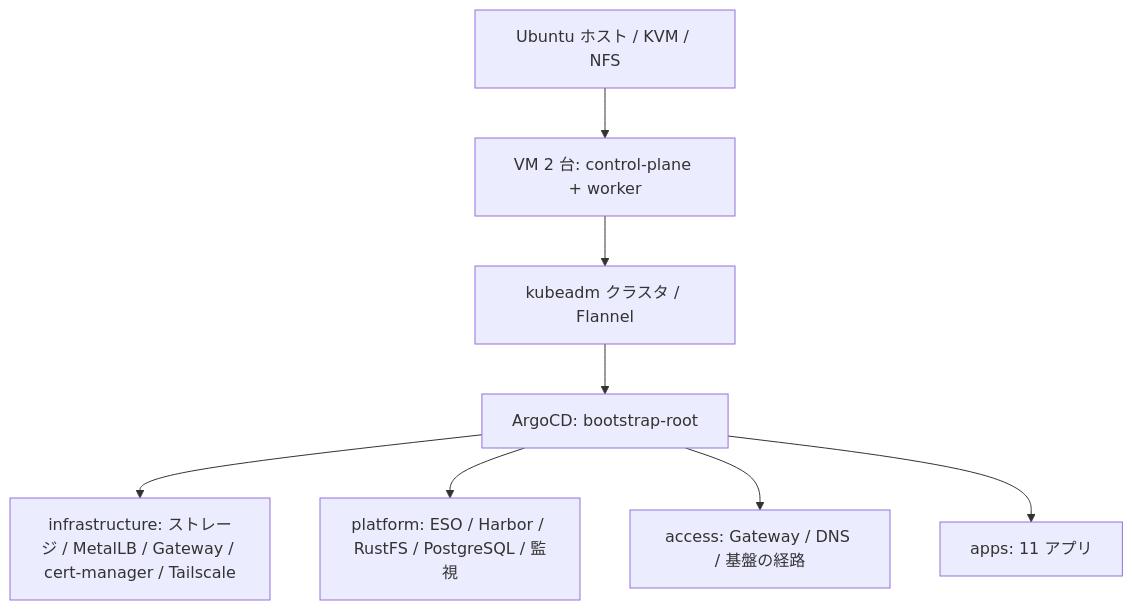
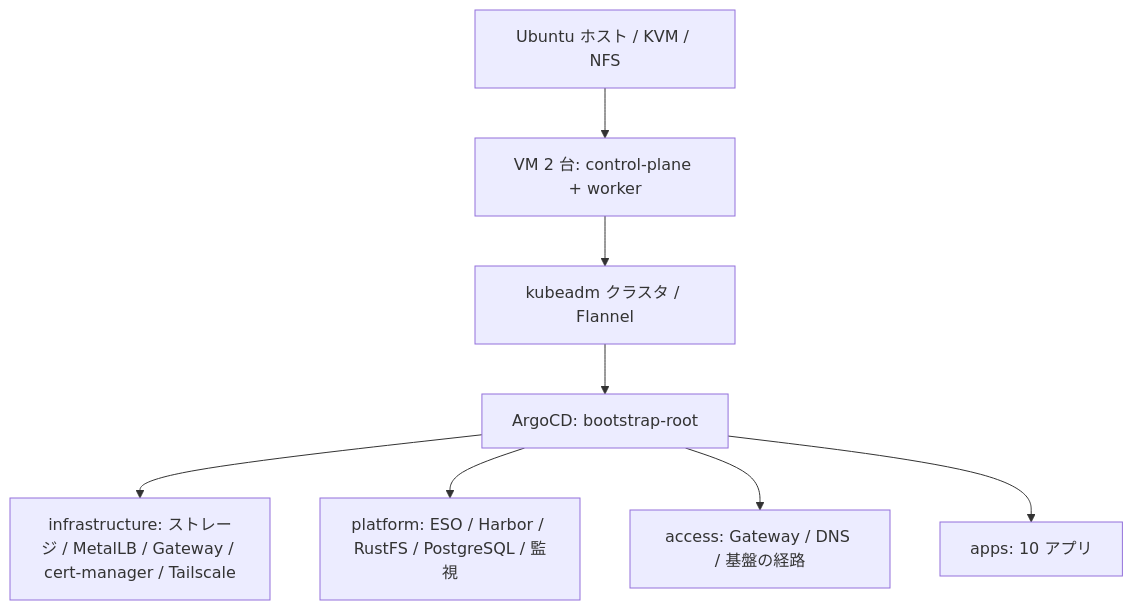
One commit to home-lab-ksera/home-lab-k8s changed the diagram in docs/architecture.md. Above: the diagram before and after it, drawn with Mermaid. The commit also changed other lines of this file and 19 other files, not shown here.

````diff
--- a/docs/architecture.md
+++ b/docs/architecture.md
@@ -6,10 +6,10 @@
 ```mermaid
 flowchart TD
   Host[Ubuntu ホスト / KVM / NFS] --> VM[VM 2 台: control-plane + worker]
   VM --> K8s[kubeadm クラスタ / Flannel]
   K8s --> Argo[ArgoCD: bootstrap-root]
   Argo --> Infra[infrastructure: ストレージ / MetalLB / Gateway / cert-manager / Tailscale]
   Argo --> Platform[platform: ESO / Harbor / RustFS / PostgreSQL / 監視]
   Argo --> Access[access: Gateway / DNS / 基盤の経路]
-  Argo --> Apps[apps: 11 アプリ]
+  Argo --> Apps[apps: 10 アプリ]
 ```
````
